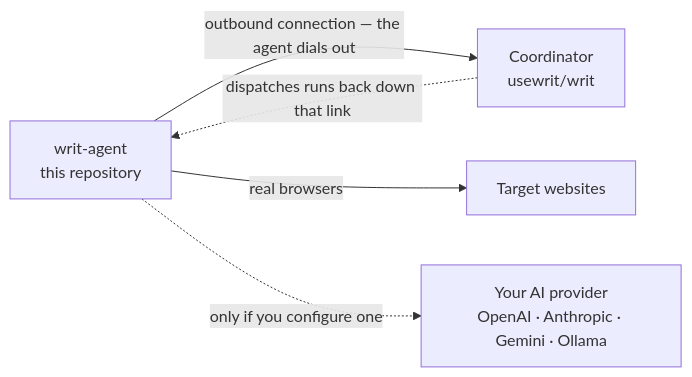
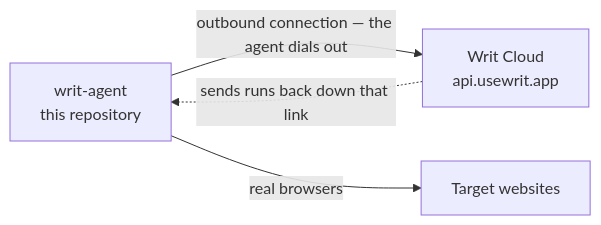
One commit to usewrit/writ-agent changed the diagram in README.md. Above: the diagram before and after it, drawn with Mermaid. The commit also changed other lines of this file, not shown here.

Commit message:
README: connect a machine to your Writ account, new cover, usewrit.app links

````diff
--- a/README.md
+++ b/README.md
@@ -65,7 +67,6 @@
 ```mermaid
 flowchart LR
-    A["writ-agent<br/>this repository"] -->|"outbound connection — the agent dials out"| C["Coordinator<br/>usewrit/writ"]
-    C -.->|"dispatches runs back down that link"| A
+    A["writ-agent<br/>this repository"] -->|"outbound connection — the agent dials out"| C["Writ Cloud<br/>api.usewrit.app"]
+    C -.->|"sends runs back down that link"| A
     A -->|"real browsers"| T["Target websites"]
-    A -.->|"only if you configure one"| M["Your AI provider<br/>OpenAI · Anthropic · Gemini · Ollama"]
 ```
````
